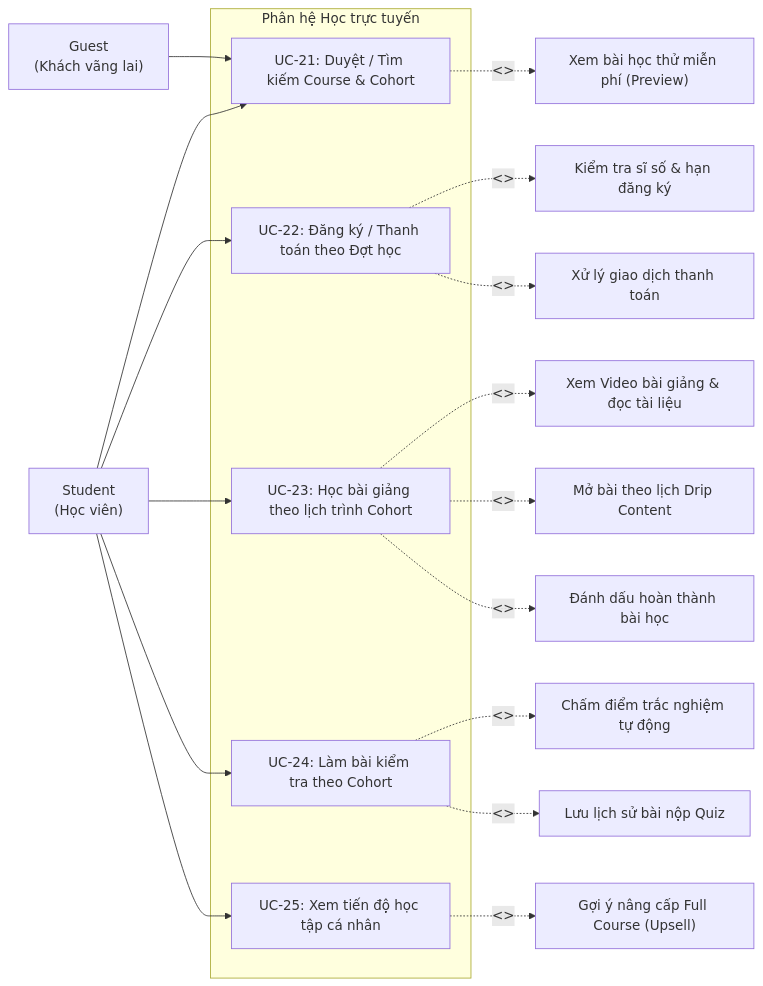
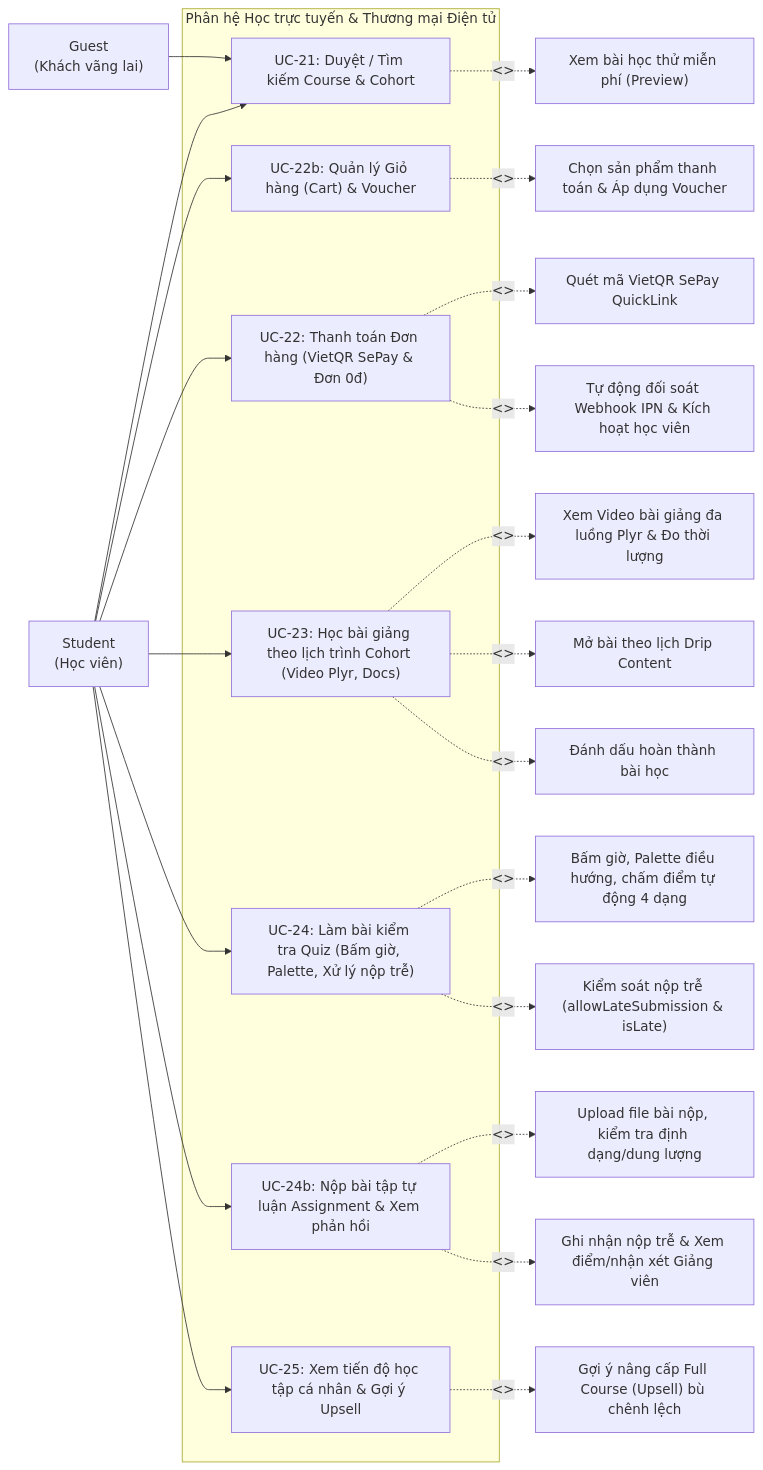
Before and after one commit to TienNguyen23-12/utelearn-platform: the second of 2 diagrams in docs/usecases/UC05_HocTrucTuyen.md, drawn with Mermaid. The commit also changed other lines of this file and 24 other files, not shown here.

Commit message:
fix set deadline for quiz and assignment

````diff
--- a/docs/usecases/UC05_HocTrucTuyen.md
+++ b/docs/usecases/UC05_HocTrucTuyen.md
@@ -30,33 +30,41 @@
 ```mermaid
 graph LR
     Guest["Guest<br/>(Khách vãng lai)"]
     Student["Student<br/>(Học viên)"]
 
-    subgraph UC_Learning["Phân hệ Học trực tuyến"]
+    subgraph UC_Learning["Phân hệ Học trực tuyến & Thương mại Điện tử"]
         UC21["UC-21: Duyệt / Tìm kiếm Course & Cohort"]
-        UC22["UC-22: Đăng ký / Thanh toán theo Đợt học"]
-        UC23["UC-23: Học bài giảng theo lịch trình Cohort"]
-        UC24["UC-24: Làm bài kiểm tra theo Cohort"]
-        UC25["UC-25: Xem tiến độ học tập cá nhân"]
+        UC22b["UC-22b: Quản lý Giỏ hàng (Cart) & Voucher"]
+        UC22["UC-22: Thanh toán Đơn hàng (VietQR SePay & Đơn 0đ)"]
+        UC23["UC-23: Học bài giảng theo lịch trình Cohort (Video Plyr, Docs)"]
+        UC24["UC-24: Làm bài kiểm tra Quiz (Bấm giờ, Palette, Xử lý nộp trễ)"]
+        UC24b["UC-24b: Nộp bài tập tự luận Assignment & Xem phản hồi"]
+        UC25["UC-25: Xem tiến độ học tập cá nhân & Gợi ý Upsell"]
     end
 
     Guest --> UC21
     Student --> UC21
+    Student --> UC22b
     Student --> UC22
     Student --> UC23
     Student --> UC24
+    Student --> UC24b
     Student --> UC25
 
     UC21 -.->|"<<includes>>"| UC21a["Xem bài học thử miễn phí (Preview)"]
-    UC22 -.->|"<<includes>>"| UC22a["Kiểm tra sĩ số & hạn đăng ký"]
-    UC22 -.->|"<<includes>>"| UC22b["Xử lý giao dịch thanh toán"]
+    UC22b -.->|"<<includes>>"| UC22b1["Chọn sản phẩm thanh toán & Áp dụng Voucher"]
+    UC22 -.->|"<<includes>>"| UC22a["Quét mã VietQR SePay QuickLink"]
+    UC22 -.->|"<<includes>>"| UC22b2["Tự động đối soát Webhook IPN & Kích hoạt học viên"]
 
-    UC23 -.->|"<<includes>>"| UC23a["Xem Video bài giảng & đọc tài liệu"]
+    UC23 -.->|"<<includes>>"| UC23a["Xem Video bài giảng đa luồng Plyr & Đo thời lượng"]
     UC23 -.->|"<<includes>>"| UC23b["Mở bài theo lịch Drip Content"]
     UC23 -.->|"<<includes>>"| UC23c["Đánh dấu hoàn thành bài học"]
 
-    UC24 -.->|"<<includes>>"| UC24a["Chấm điểm trắc nghiệm tự động"]
-    UC24 -.->|"<<includes>>"| UC24b["Lưu lịch sử bài nộp Quiz"]
+    UC24 -.->|"<<includes>>"| UC24a["Bấm giờ, Palette điều hướng, chấm điểm tự động 4 dạng"]
+    UC24 -.->|"<<includes>>"| UC24b1["Kiểm soát nộp trễ (allowLateSubmission & isLate)"]
 
-    UC25 -.->|"<<extend>>"| UC25a["Gợi ý nâng cấp Full Course (Upsell)"]
+    UC24b -.->|"<<includes>>"| UC24b2["Upload file bài nộp, kiểm tra định dạng/dung lượng"]
+    UC24b -.->|"<<includes>>"| UC24b3["Ghi nhận nộp trễ & Xem điểm/nhận xét Giảng viên"]
+
+    UC25 -.->|"<<extend>>"| UC25a["Gợi ý nâng cấp Full Course (Upsell) bù chênh lệch"]
 ```
````
